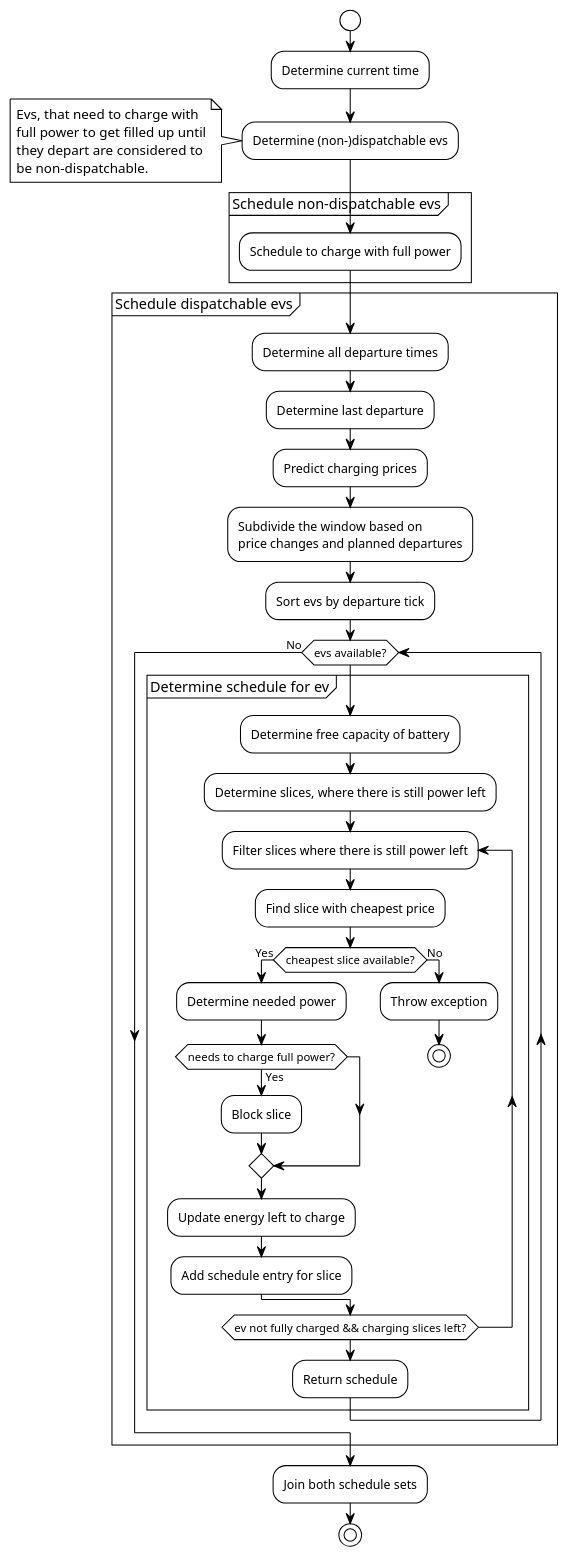
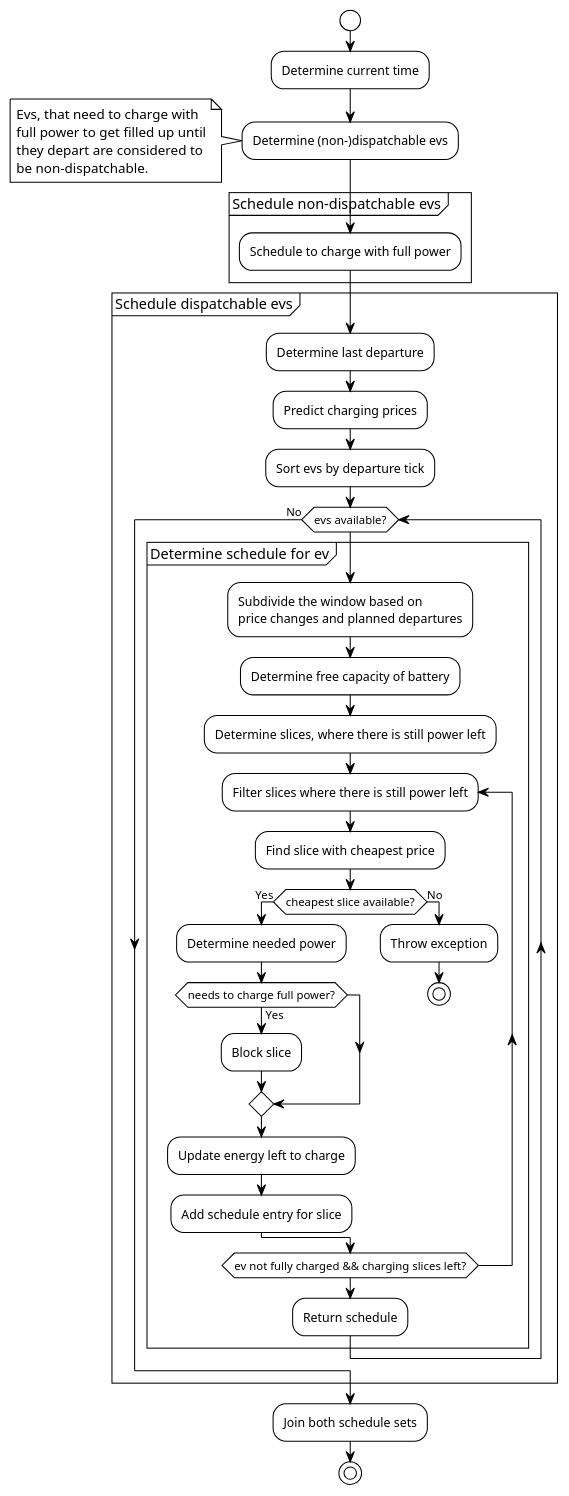
The diagram in docs/uml/main/participants/evcs/MarketOrientedCharging.puml (ie3-institute/simona), drawn with PlantUML before and after one commit.

Commit message:
Adapt documentation

```diff
--- a/docs/uml/main/participants/evcs/MarketOrientedCharging.puml
+++ b/docs/uml/main/participants/evcs/MarketOrientedCharging.puml
@@ -1,48 +1,47 @@
 @startuml
 'https://plantuml.com/activity-diagram-beta
 !theme plain
 
 start
 
 :Determine current time;
 :Determine (non-)dispatchable evs;
 note left:Evs, that need to charge with\nfull power to get filled up until\nthey depart are considered to\nbe non-dispatchable.
 
 partition "Schedule non-dispatchable evs" {
     :Schedule to charge with full power;
 }
 
 partition "Schedule dispatchable evs" {
-    :Determine all departure times;
     :Determine last departure;
     :Predict charging prices;
-    :Subdivide the window based on\nprice changes and planned departures;
     :Sort evs by departure tick;
     while (evs available?)
         partition "Determine schedule for ev" {
+            :Subdivide the window based on\nprice changes and planned departures;
             :Determine free capacity of battery;
             :Determine slices, where there is still power left;
             repeat :Filter slices where there is still power left;
             :Find slice with cheapest price;
             if (cheapest slice available?) then (Yes)
                 :Determine needed power;
                 if(needs to charge full power?) then (Yes)
                     :Block slice;
                 endif
                 :Update energy left to charge;
                 :Add schedule entry for slice;
             else (No)
                 :Throw exception;
                 stop
             endif
             repeat while (ev not fully charged && charging slices left?)
             :Return schedule;
         }
     endwhile (No)
 }
 
 :Join both schedule sets;
 
 stop
 
 @enduml
```
